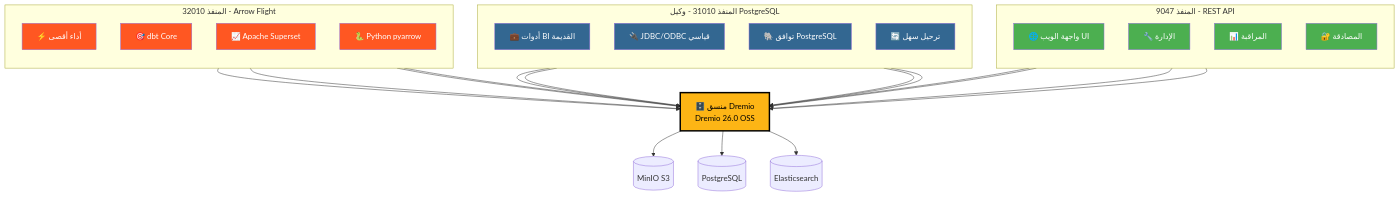
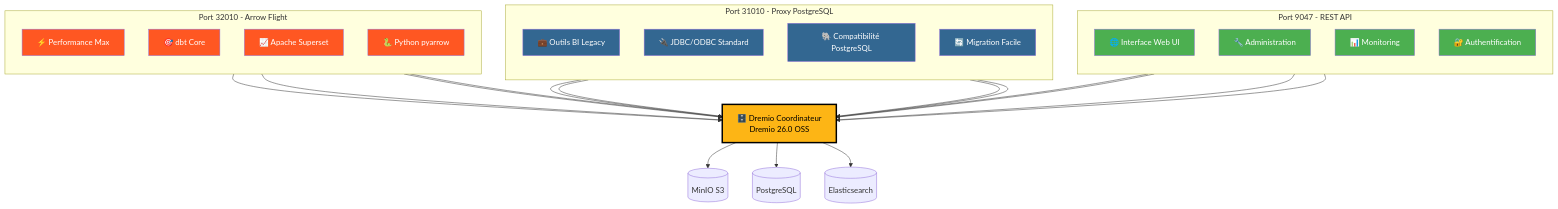
The first of 9 diagrams in docs/i18n/ar/architecture/dremio-ports-visual.md (Monsau/Talentys-OSS-Data-Platform), drawn with Mermaid before and after one commit. The commit also changed other lines of this file and 485 other files, not shown here.

First line of the commit message:
feat: v1.1.0 - Complete i18n roadmap, AI services, and data platform

````diff
--- a/docs/i18n/ar/architecture/dremio-ports-visual.md
+++ b/docs/i18n/ar/architecture/dremio-ports-visual.md
@@ -11,52 +11,52 @@
 ```mermaid
 graph TB
-    subgraph "المنفذ 9047 - REST API"
+    subgraph "Port 9047 - REST API"
         direction TB
-        A1[🌐 واجهة الويب UI]
-        A2[🔧 الإدارة]
-        A3[📊 المراقبة]
-        A4[🔐 المصادقة]
+        A1[🌐 Interface Web UI]
+        A2[🔧 Administration]
+        A3[📊 Monitoring]
+        A4[🔐 Authentification]
     end
     
-    subgraph "المنفذ 31010 - وكيل PostgreSQL"
+    subgraph "Port 31010 - Proxy PostgreSQL"
         direction TB
-        B1[💼 أدوات BI القديمة]
-        B2[🔌 JDBC/ODBC قياسي]
-        B3[🐘 توافق PostgreSQL]
-        B4[🔄 ترحيل سهل]
+        B1[💼 Outils BI Legacy]
+        B2[🔌 JDBC/ODBC Standard]
+        B3[🐘 Compatibilité PostgreSQL]
+        B4[🔄 Migration Facile]
     end
     
-    subgraph "المنفذ 32010 - Arrow Flight"
+    subgraph "Port 32010 - Arrow Flight"
         direction TB
-        C1[⚡ أداء أقصى]
+        C1[⚡ Performance Max]
         C2[🎯 dbt Core]
         C3[📈 Apache Superset]
         C4[🐍 Python pyarrow]
     end
     
-    D[🗄️ منسق Dremio<br/>Dremio 26.0 OSS]
+    D[🗄️ Dremio Coordinateur<br/>Dremio 26.0 OSS]
     
     A1 & A2 & A3 & A4 --> D
     B1 & B2 & B3 & B4 --> D
     C1 & C2 & C3 & C4 --> D
     
     E1[(MinIO S3)]
     E2[(PostgreSQL)]
     E3[(Elasticsearch)]
     
     D --> E1 & E2 & E3
     
     style D fill:#FDB515,color:#000,stroke:#000,stroke-width:3px
     style A1 fill:#4CAF50,color:#fff
     style A2 fill:#4CAF50,color:#fff
     style A3 fill:#4CAF50,color:#fff
     style A4 fill:#4CAF50,color:#fff
     style B1 fill:#336791,color:#fff
     style B2 fill:#336791,color:#fff
     style B3 fill:#336791,color:#fff
     style B4 fill:#336791,color:#fff
     style C1 fill:#FF5722,color:#fff
     style C2 fill:#FF5722,color:#fff
     style C3 fill:#FF5722,color:#fff
     style C4 fill:#FF5722,color:#fff
 ```
````
